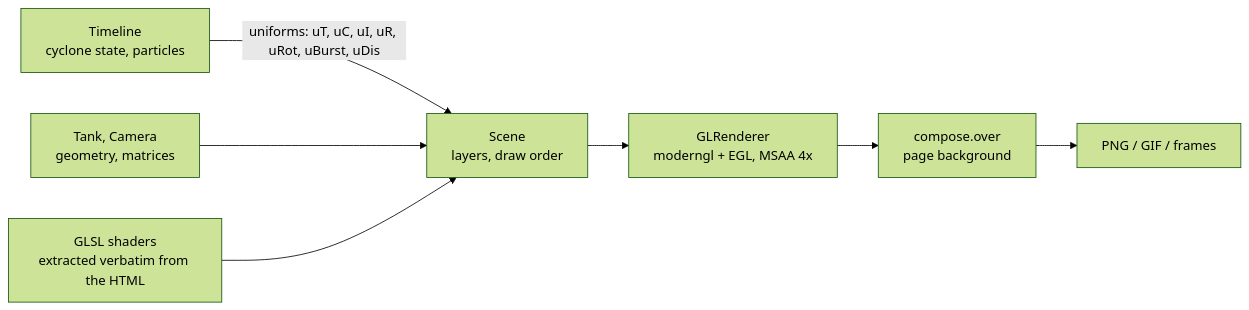
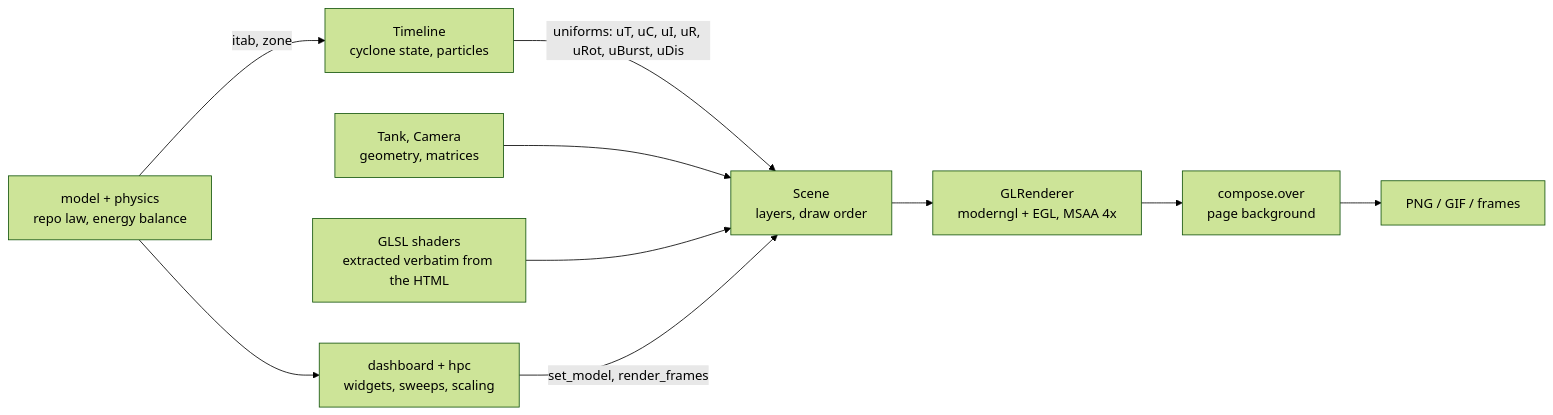
One commit to CodingYayaToure/oceantank changed the diagram in README.md. Above: the diagram before and after it, drawn with Mermaid (forest theme). The commit also changed other lines of this file and 21 other files, not shown here.

Commit message:
Dashboard, energy-balance model and HPC tools (0.2.0)

````diff
--- a/README.md
+++ b/README.md
@@ -45,9 +47,12 @@
 ```mermaid
 flowchart LR
+    M["model + physics<br/>repo law, energy balance"] -->|"itab, zone"| T
     T["Timeline<br/>cyclone state, particles"] -->|"uniforms: uT, uC, uI, uR, uRot, uBurst, uDis"| S["Scene<br/>layers, draw order"]
     G["Tank, Camera<br/>geometry, matrices"] --> S
     H["GLSL shaders<br/>extracted verbatim from the HTML"] --> S
     S --> R["GLRenderer<br/>moderngl + EGL, MSAA 4x"]
     R --> C["compose.over<br/>page background"]
     C --> O["PNG / GIF / frames"]
+    M --> D["dashboard + hpc<br/>widgets, sweeps, scaling"]
+    D -->|"set_model, render_frames"| S
 ```
````
